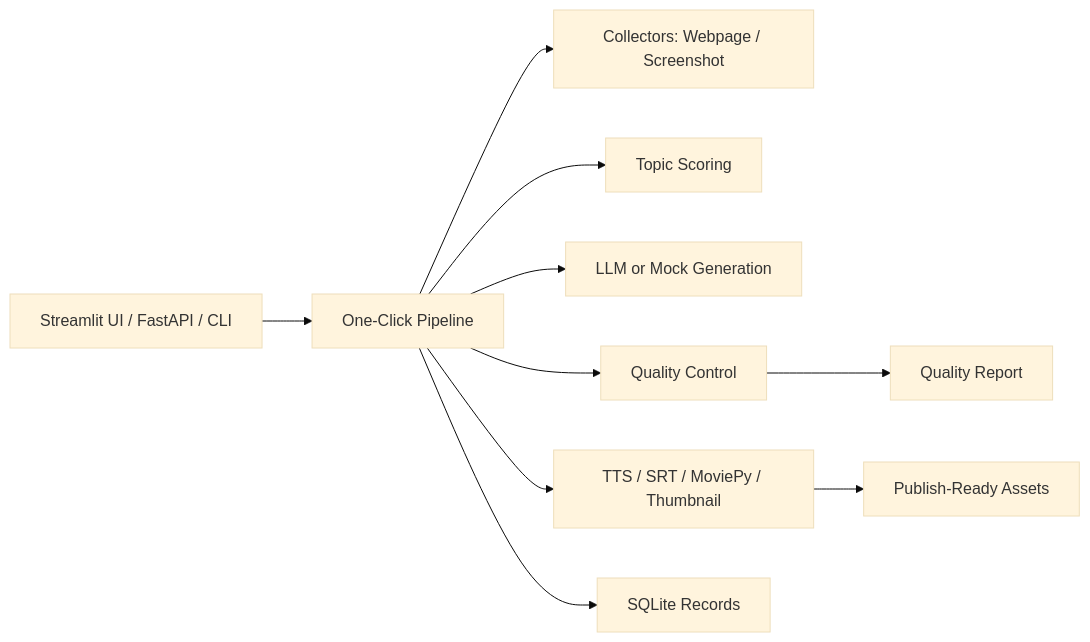
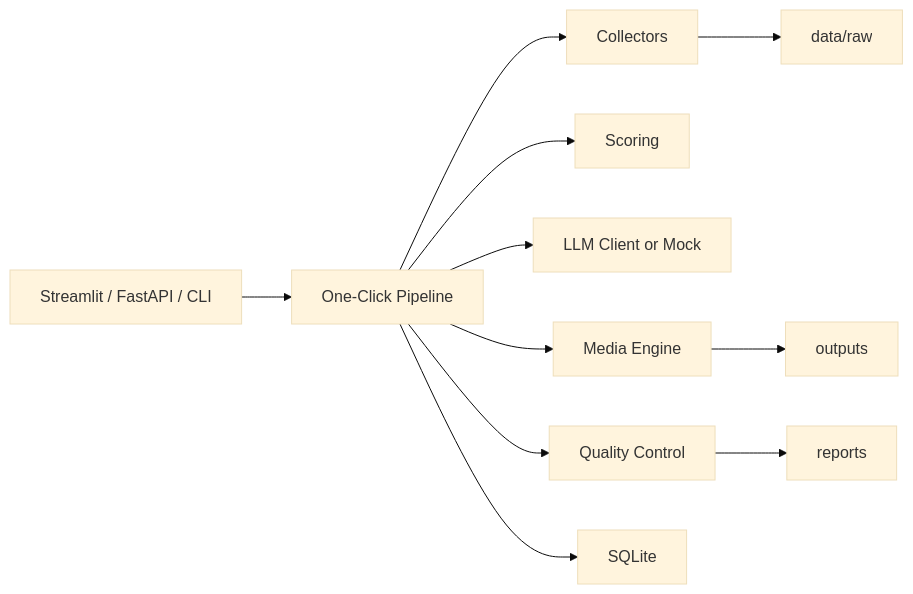
Before and after one commit to 2417467487-hub/Trend2Video-Pro: the second of 2 diagrams in README.md, drawn with Mermaid (base theme). The commit also changed other lines of this file and 1 other file, not shown here.

````diff
--- a/README.md
+++ b/README.md
@@ -28,12 +107,13 @@
 ```mermaid
 flowchart LR
-    UI["Streamlit UI / FastAPI / CLI"] --> Pipeline["One-Click Pipeline"]
-    Pipeline --> Collectors["Collectors: Webpage / Screenshot"]
-    Pipeline --> Scoring["Topic Scoring"]
-    Pipeline --> Generation["LLM or Mock Generation"]
-    Pipeline --> Quality["Quality Control"]
-    Pipeline --> Media["TTS / SRT / MoviePy / Thumbnail"]
-    Pipeline --> DB["SQLite Records"]
-    Media --> Outputs["Publish-Ready Assets"]
-    Quality --> Reports["Quality Report"]
+    UI["Streamlit / FastAPI / CLI"] --> Pipeline["One-Click Pipeline"]
+    Pipeline --> Collectors["Collectors"]
+    Pipeline --> Scoring["Scoring"]
+    Pipeline --> LLM["LLM Client or Mock"]
+    Pipeline --> Media["Media Engine"]
+    Pipeline --> QC["Quality Control"]
+    Pipeline --> DB["SQLite"]
+    Collectors --> Raw["data/raw"]
+    Media --> Outputs["outputs"]
+    QC --> Reports["reports"]
 ```
````
